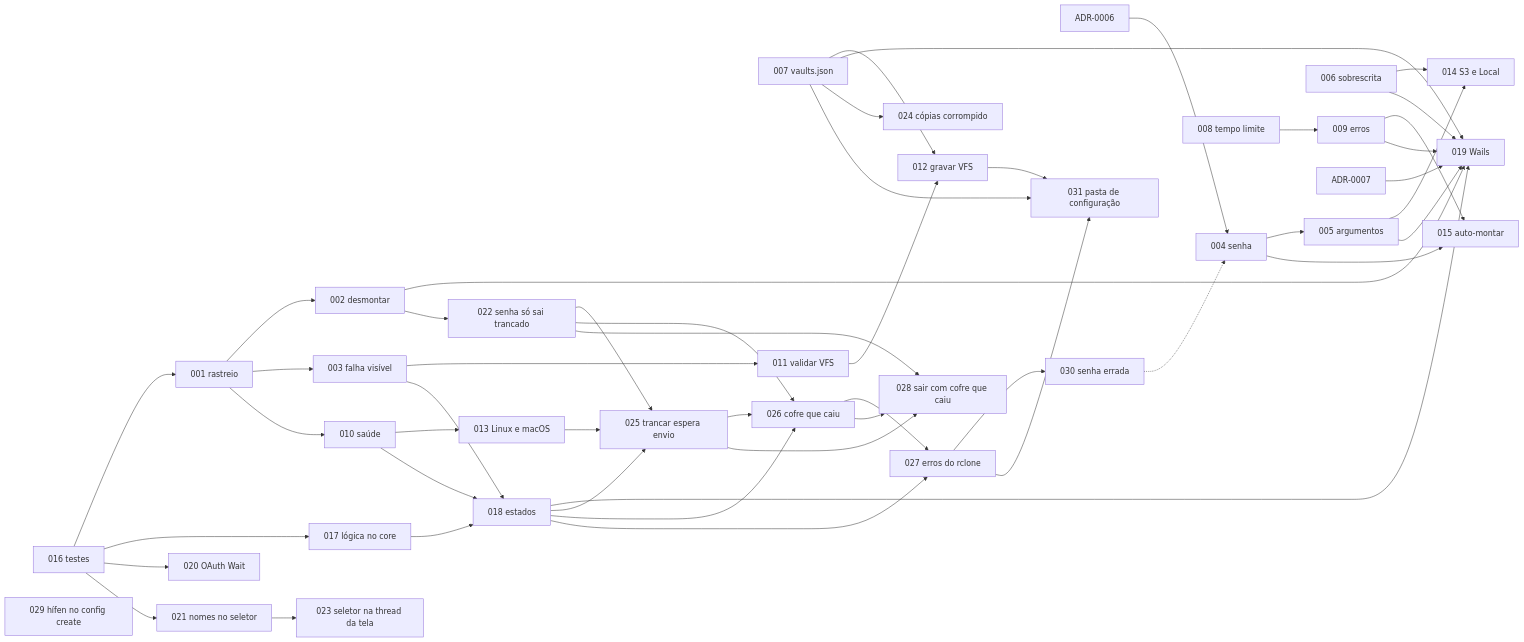
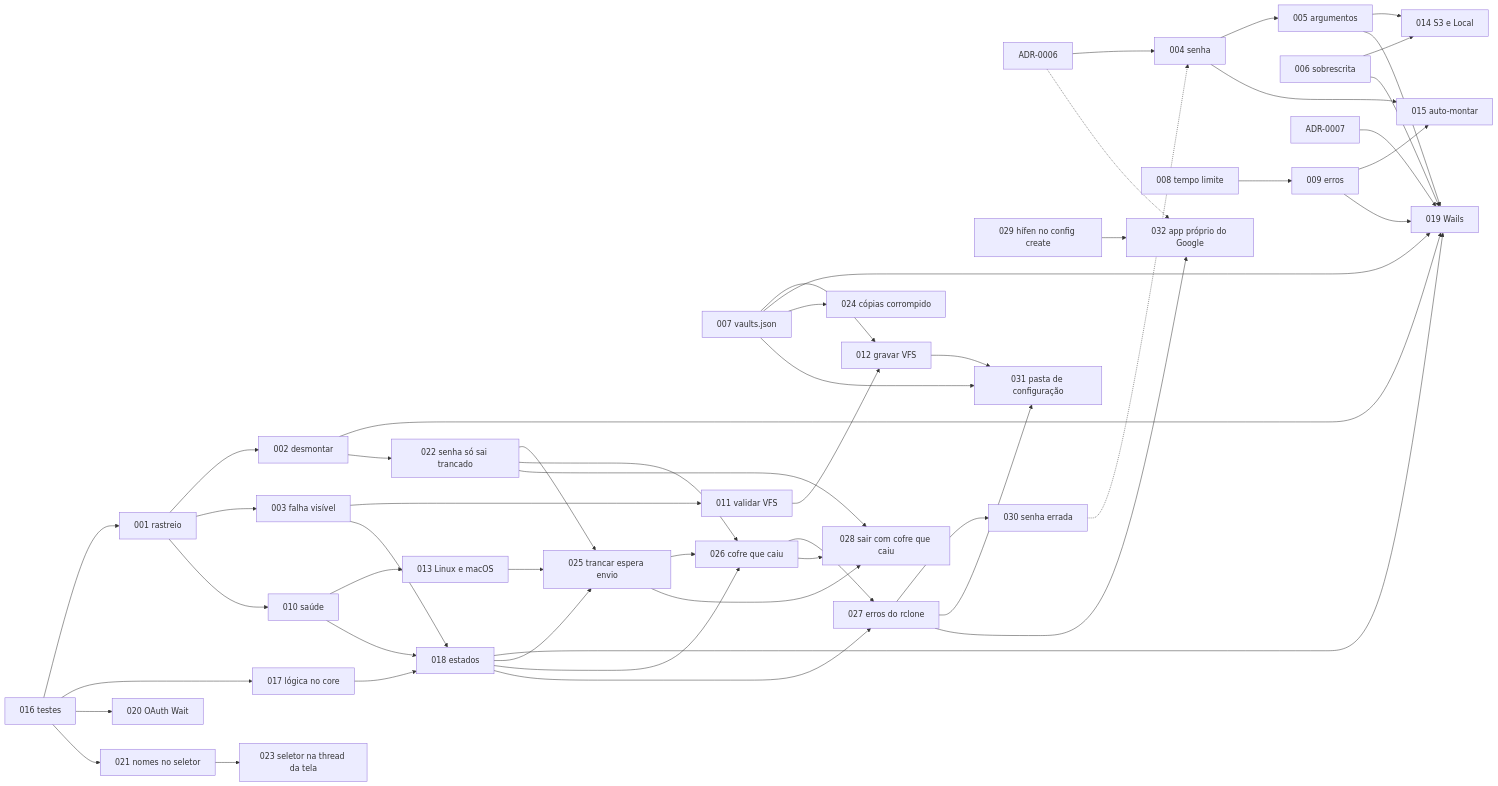
One commit to douglassouza-dev/runtime-crypt-go changed the diagram in docs/demanda/index.md. Above: the diagram before and after it, drawn with Mermaid. The commit also changed other lines of this file and 1 other file, not shown here.

Commit message:
docs: demanda 032 — app próprio do Google (client ID e secret) no Google Drive

````diff
--- a/docs/demanda/index.md
+++ b/docs/demanda/index.md
@@ -45,53 +46,56 @@
 ```mermaid
 flowchart LR
     d016["016 testes"] --> d001["001 rastreio"]
     d001 --> d002["002 desmontar"]
     d001 --> d003["003 falha visível"]
     d001 --> d010["010 saúde"]
     adr6["ADR-0006"] --> d004["004 senha"]
     d004 --> d005["005 argumentos"]
     d006["006 sobrescrita"]
     d007["007 vaults.json"]
     d008["008 tempo limite"] --> d009["009 erros"]
     d003 --> d011["011 validar VFS"]
     d007 --> d012["012 gravar VFS"]
     d011 --> d012
     d010 --> d013["013 Linux e macOS"]
     d005 --> d014["014 S3 e Local"]
     d006 --> d014
     d004 --> d015["015 auto-montar"]
     d009 --> d015
     d016 --> d017["017 lógica no core"]
     d016 --> d020["020 OAuth Wait"]
     d016 --> d021["021 nomes no seletor"]
     d003 --> d018["018 estados"]
     d010 --> d018
     d017 --> d018
     d018 --> d019["019 Wails"]
     d002 --> d019
     d005 --> d019
     d006 --> d019
     d007 --> d019
     d009 --> d019
     adr7["ADR-0007"] --> d019
     d002 --> d022["022 senha só sai trancado"]
     d021 --> d023["023 seletor na thread da tela"]
     d007 --> d024["024 cópias corrompido"]
     d013 --> d025["025 trancar espera envio"]
     d018 --> d025
     d022 --> d025
     d018 --> d026["026 cofre que caiu"]
     d022 --> d026
     d025 --> d026
     d018 --> d027["027 erros do rclone"]
     d026 --> d027
     d022 --> d028["028 sair com cofre que caiu"]
     d025 --> d028
     d026 --> d028
     d029["029 hífen no config create"]
     d027 --> d030["030 senha errada"]
     d030 -.-> d004
     d007 --> d031["031 pasta de configuração"]
     d012 --> d031
     d027 --> d031
+    d027 --> d032["032 app próprio do Google"]
+    d029 --> d032
+    adr6 -.-> d032
 ```
````
